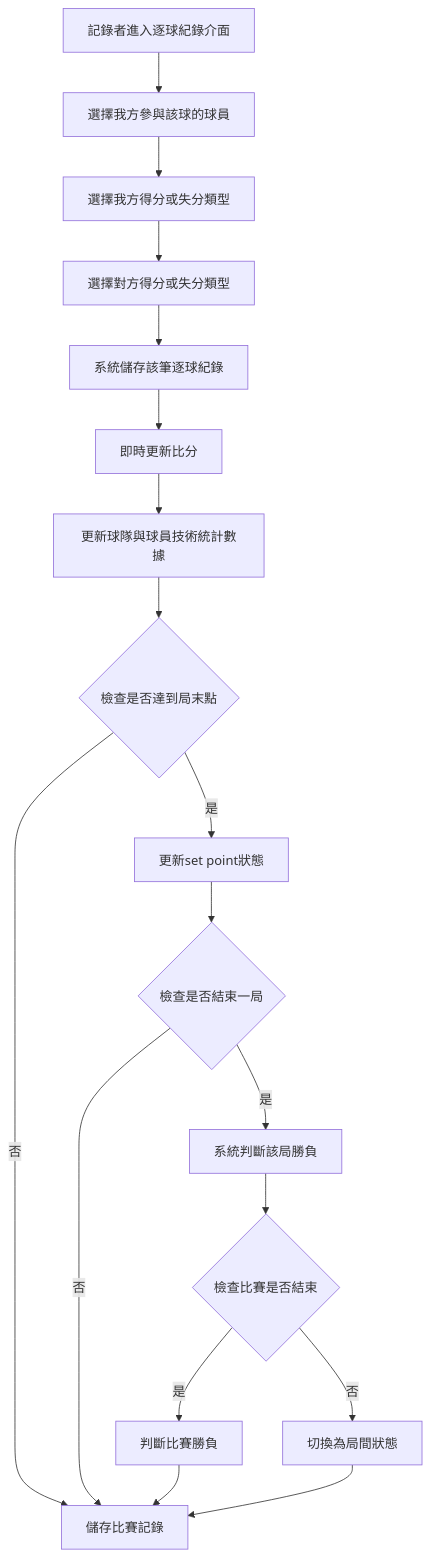
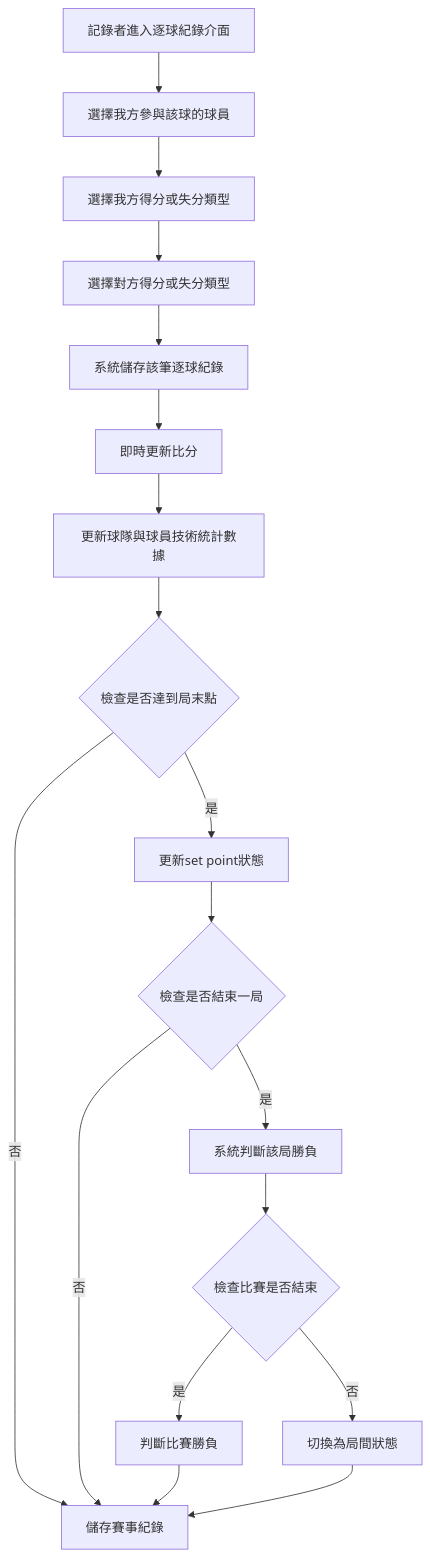
One commit to andrewck24/volleybro changed the second of 4 diagrams in docs/02_functional_requirements/03_tw_match_record.md. Above: the diagram before and after it, drawn with Mermaid. The commit also changed other lines of this file and 12 other files, not shown here.

````diff
--- a/docs/02_functional_requirements/03_tw_match_record.md
+++ b/docs/02_functional_requirements/03_tw_match_record.md
@@ -92,20 +98,20 @@
   ```mermaid
   graph TD
     A[記錄者進入逐球紀錄介面] --> B[選擇我方參與該球的球員]
     B --> C[選擇我方得分或失分類型]
     C --> E[選擇對方得分或失分類型]
     E --> F[系統儲存該筆逐球紀錄]
     F --> G[即時更新比分]
     G --> H[更新球隊與球員技術統計數據]
     H --> I{檢查是否達到局末點}
     I -->|是| J[更新set point狀態]
-    I -->|否| L[儲存比賽記錄]
+    I -->|否| L[儲存賽事紀錄]
     J --> K{檢查是否結束一局}
     K -->|是| M[系統判斷該局勝負]
     K -->|否| L
     M --> N{檢查比賽是否結束}
     N -->|是| O[判斷比賽勝負]
     N -->|否| P[切換為局間狀態]
     O --> L
     P --> L
   ```
````
